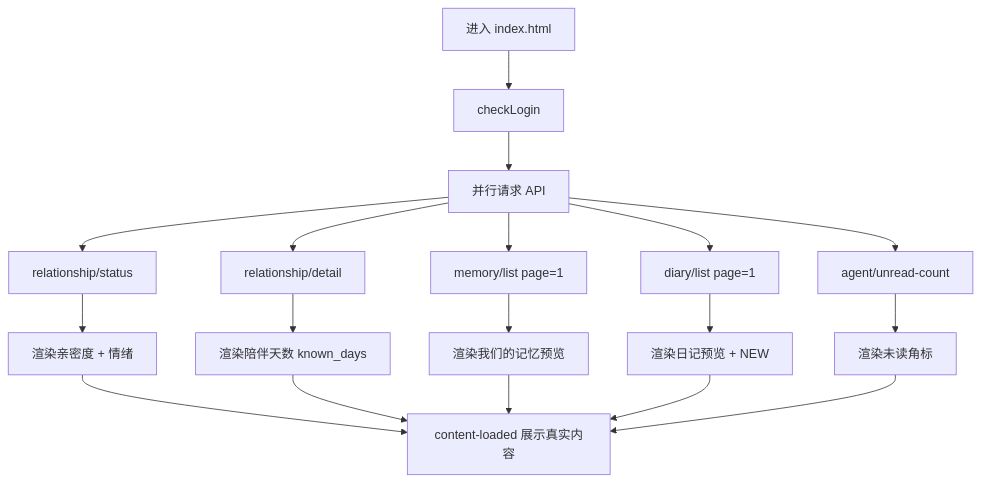
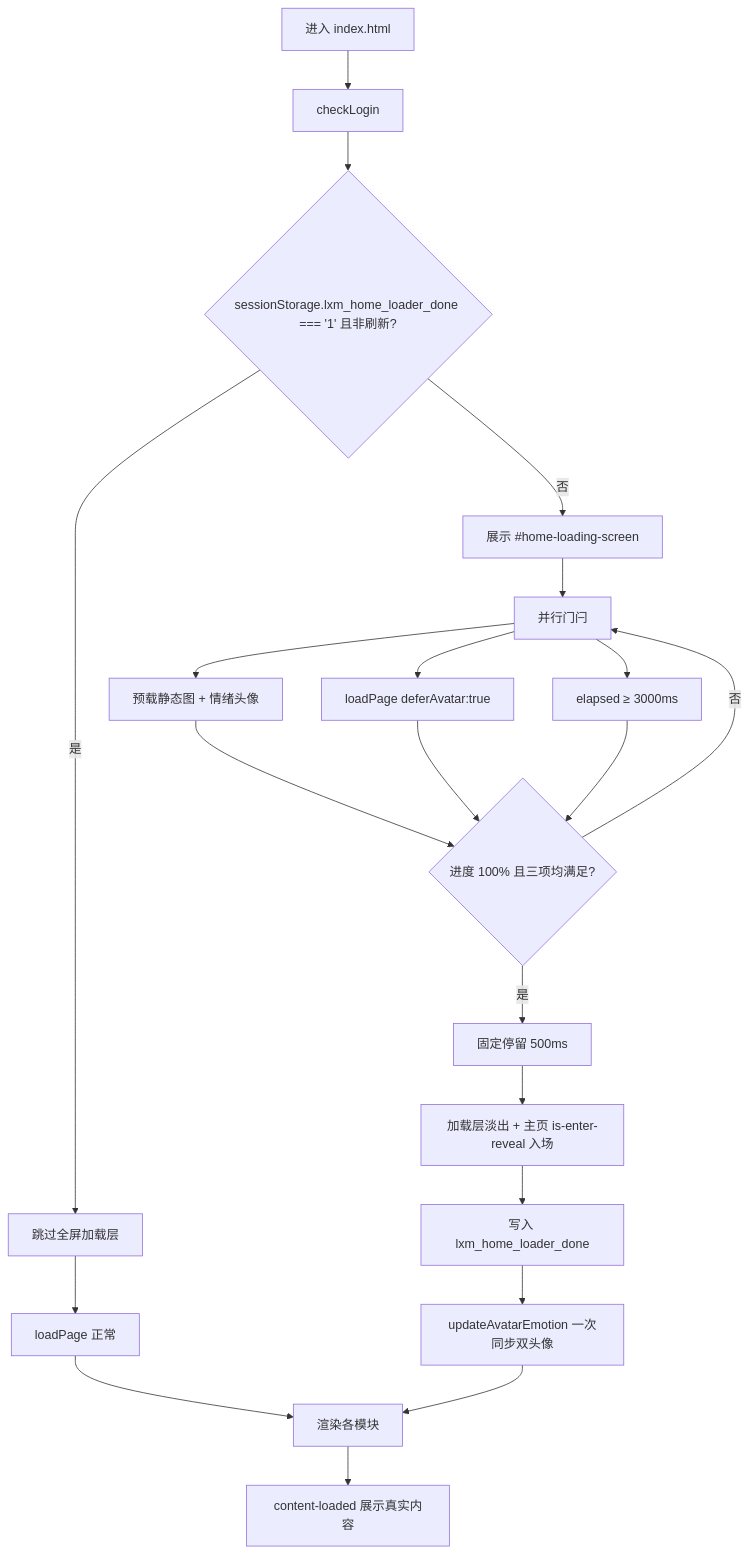
One commit to cong19920207-bit/lxm changed the diagram in docs/design/PRD-林小梦主页改版-v1.md. Above: the diagram before and after it, drawn with Mermaid. The commit also changed other lines of this file and 7 other files, not shown here.

````diff
--- a/docs/design/PRD-林小梦主页改版-v1.md
+++ b/docs/design/PRD-林小梦主页改版-v1.md
@@ -278,20 +280,23 @@
 ```mermaid
 flowchart TD
     A[进入 index.html] --> B[checkLogin]
-    B --> C[并行请求 API]
-    C --> D[relationship/status]
-    C --> E[relationship/detail]
-    C --> F[memory/list page=1]
-    C --> G[diary/list page=1]
-    C --> H[agent/unread-count]
-    D --> I[渲染亲密度 + 情绪]
-    E --> J[渲染陪伴天数 known_days]
-    F --> K[渲染我们的记忆预览]
-    G --> L[渲染日记预览 + NEW]
-    H --> M[渲染未读角标]
-    I --> N[content-loaded 展示真实内容]
-    J --> N
-    K --> N
-    L --> N
-    M --> N
+    B --> C{sessionStorage.lxm_home_loader_done === '1' 且非刷新?}
+    C -->|是| D[跳过全屏加载层]
+    C -->|否| E[展示 #home-loading-screen]
+    E --> F[并行门闩]
+    F --> G[预载静态图 + 情绪头像]
+    F --> H[loadPage deferAvatar:true]
+    F --> I[elapsed ≥ 3000ms]
+    G --> J{进度 100% 且三项均满足?}
+    H --> J
+    I --> J
+    J -->|否| F
+    J -->|是| K[固定停留 500ms]
+    K --> L[加载层淡出 + 主页 is-enter-reveal 入场]
+    L --> M[写入 lxm_home_loader_done]
+    D --> N[loadPage 正常]
+    M --> O[updateAvatarEmotion 一次同步双头像]
+    N --> P[渲染各模块]
+    O --> P
+    P --> Q[content-loaded 展示真实内容]
 ```
````
